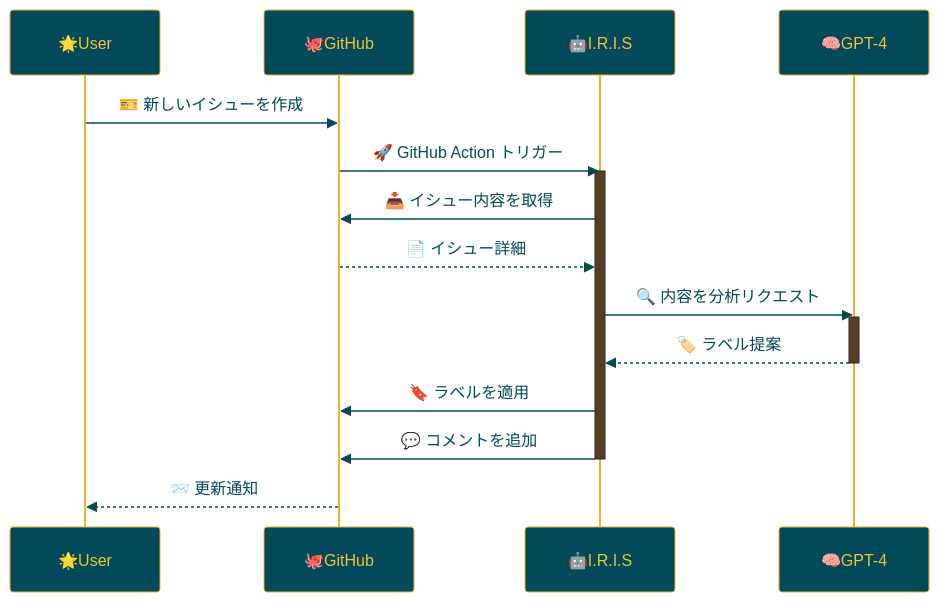
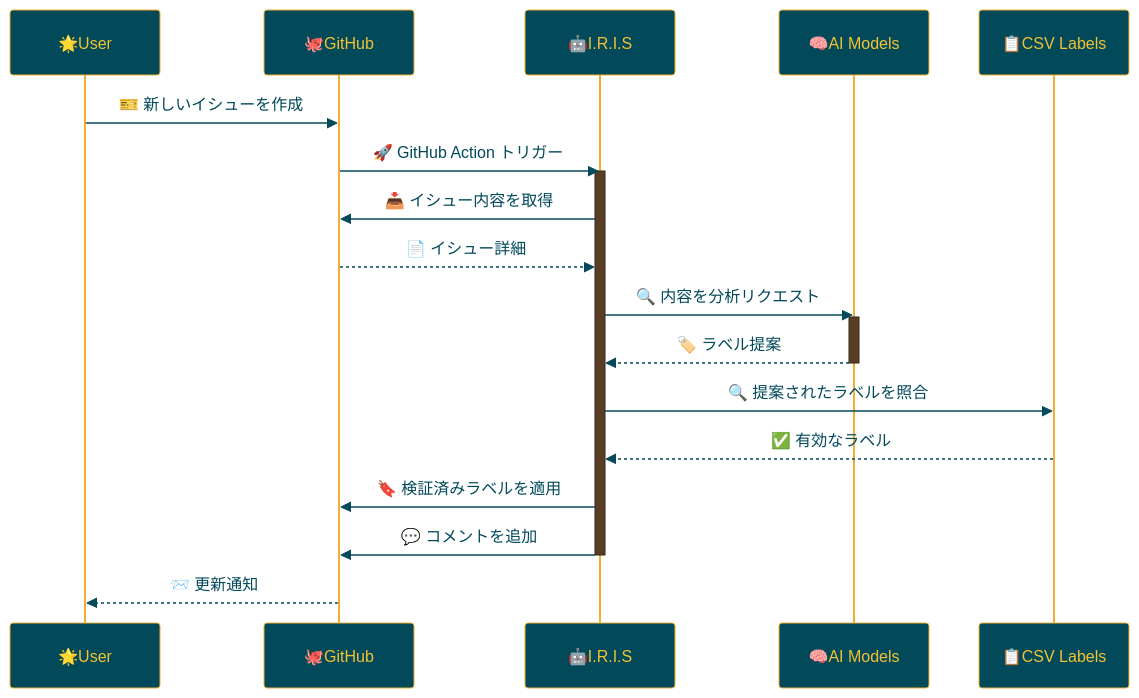
One commit to Sunwood-ai-labs/IRIS changed the diagram in README.md. Above: the diagram before and after it, drawn with Mermaid. The commit also changed other lines of this file, not shown here.

````diff
--- a/README.md
+++ b/README.md
@@ -99,22 +106,25 @@
 ```mermaid
 %%{init:{'theme':'base','themeVariables':{'primaryColor':'#024959','primaryTextColor':'#F2C335','primaryBorderColor':'#F2AE30','lineColor':'#A1A2A6','secondaryColor':'#593E25','tertiaryColor':'#F2C335','noteTextColor':'#024959','noteBkgColor':'#F2C335','textColor':'#024959','fontSize':'18px'}}}%%
 sequenceDiagram
     participant 👤 as 🌟User
     participant 🐙 as 🐙GitHub
     participant 🤖 as 🤖I.R.I.S
-    participant 🧠 as 🧠GPT-4
+    participant 🧠 as 🧠AI Models
+    participant 📋 as 📋CSV Labels
     
     👤->>🐙: 🎫 新しいイシューを作成
     🐙->>🤖: 🚀 GitHub Action トリガー
     activate 🤖
     🤖->>🐙: 📥 イシュー内容を取得
     🐙-->>🤖: 📄 イシュー詳細
     🤖->>🧠: 🔍 内容を分析リクエスト
     activate 🧠
     🧠-->>🤖: 🏷️ ラベル提案
     deactivate 🧠
-    🤖->>🐙: 🔖 ラベルを適用
+    🤖->>📋: 🔍 提案されたラベルを照合
+    📋-->>🤖: ✅ 有効なラベル
+    🤖->>🐙: 🔖 検証済みラベルを適用
     🤖->>🐙: 💬 コメントを追加
     deactivate 🤖
     🐙-->>👤: 📨 更新通知
 ```
````
